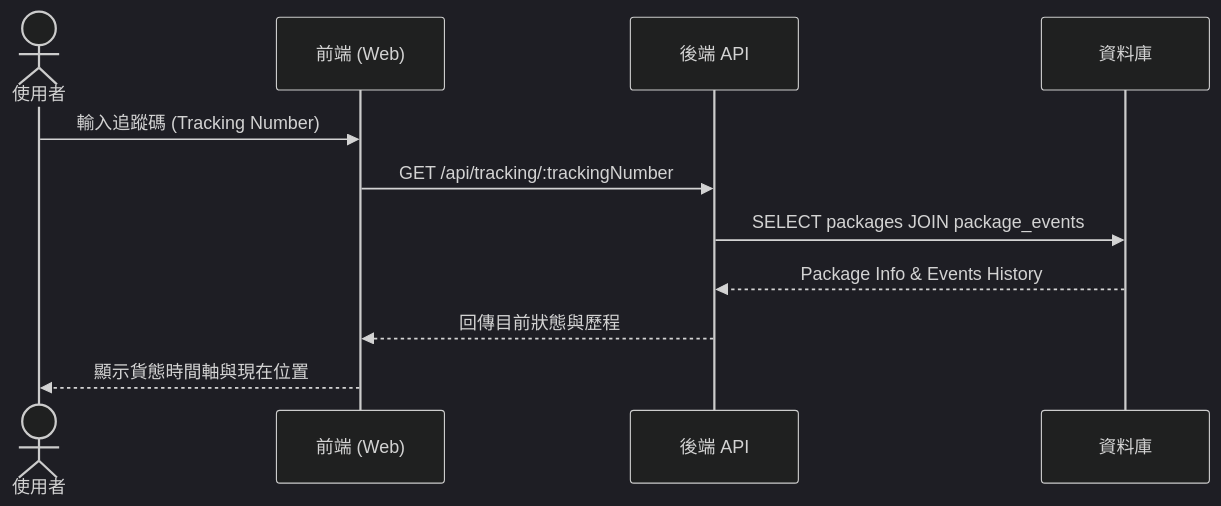
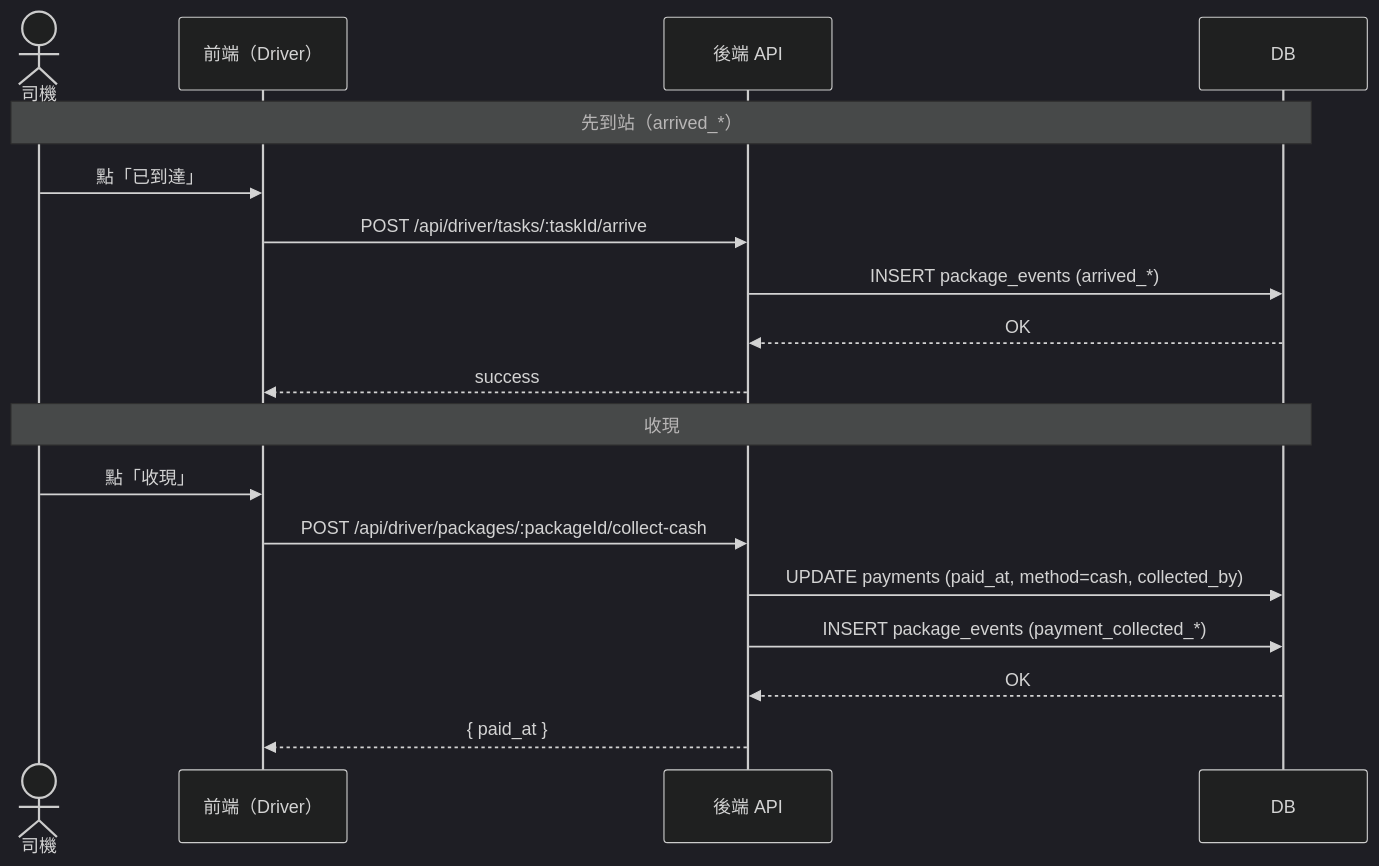
Before and after one commit to bowen12274Bot/Logistics_tracking_system: the third of 6 diagrams in docs/design/sequence-diagrams.md, drawn with Mermaid (dark theme). The commit also changed other lines of this file and 70 other files, not shown here.

First line of the commit message:
feat：新增「異常（Exceptions）」API 文件，以及「營運與任務（Operations & Tasks）」API 文件

````diff
--- a/docs/design/sequence-diagrams.md
+++ b/docs/design/sequence-diagrams.md
@@ -86,14 +129,22 @@
 ```mermaid
 sequenceDiagram
-    actor User as 使用者
-    participant Frontend as 前端 (Web)
-    participant Backend as 後端 API
-    participant DB as 資料庫
+  actor Driver as 司機
+  participant UI as 前端（Driver）
+  participant API as 後端 API
+  participant DB as DB
 
-    User->>Frontend: 輸入追蹤碼 (Tracking Number)
-    Frontend->>Backend: GET /api/tracking/:trackingNumber
-    Backend->>DB: SELECT packages JOIN package_events
-    DB-->>Backend: Package Info & Events History
-    Backend-->>Frontend: 回傳目前狀態與歷程
-    Frontend-->>User: 顯示貨態時間軸與現在位置
+  Note over Driver,DB: 先到站（arrived_*）
+  Driver->>UI: 點「已到達」
+  UI->>API: POST /api/driver/tasks/:taskId/arrive
+  API->>DB: INSERT package_events (arrived_*)
+  DB-->>API: OK
+  API-->>UI: success
+
+  Note over Driver,DB: 收現
+  Driver->>UI: 點「收現」
+  UI->>API: POST /api/driver/packages/:packageId/collect-cash
+  API->>DB: UPDATE payments (paid_at, method=cash, collected_by)
+  API->>DB: INSERT package_events (payment_collected_*)
+  DB-->>API: OK
+  API-->>UI: { paid_at }
 ```
````
